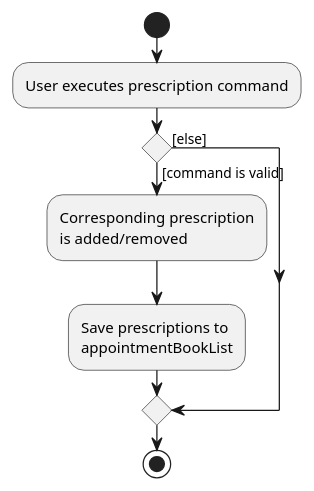
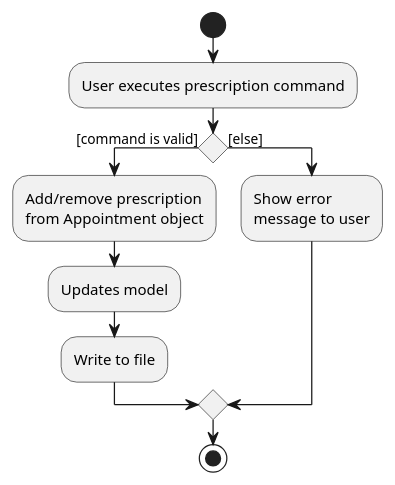
One commit to rish-16/tp changed the diagram in docs/diagrams/PrescriptionActivityDiagram.puml. Above: the diagram before and after it, drawn with PlantUML. The commit also changed 18 other files, not shown here.

```diff
--- a/docs/diagrams/PrescriptionActivityDiagram.puml
+++ b/docs/diagrams/PrescriptionActivityDiagram.puml
@@ -1,16 +1,19 @@
 @startuml
 start
 :User executes prescription command;
 
 'Since the beta syntax does not support placing the condition outside the
 'diamond we place it as the true branch instead.
 
 if () then ([command is valid])
-    :Corresponding prescription
-    is added/removed;
-    :Save prescriptions to
-    appointmentBookList;
+    :Add/remove prescription
+    from Appointment object;
+    :Updates model;
+    :Write to file;
 else ([else])
+    :Show error
+    message to user;
+
 endif
 stop
 @enduml
```
